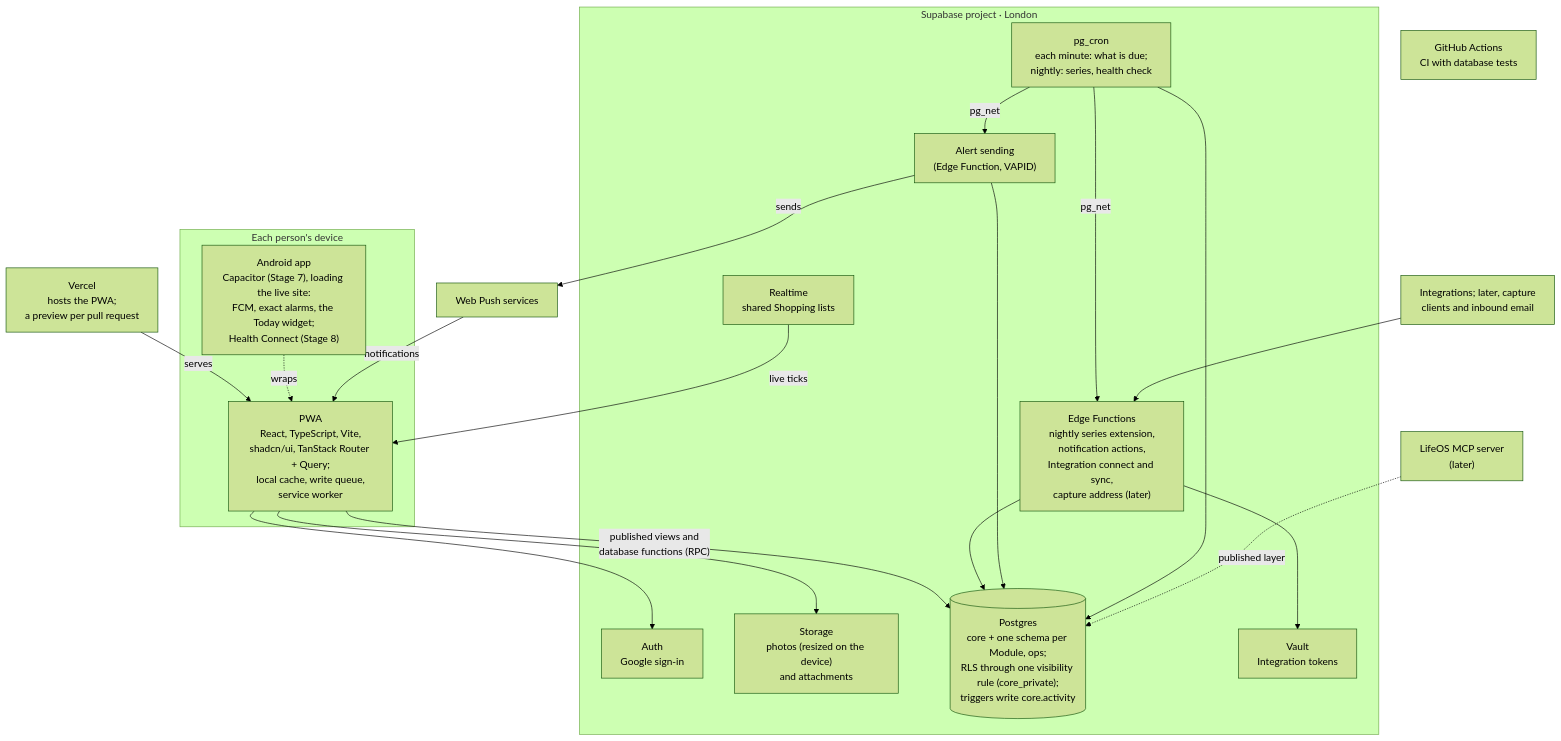
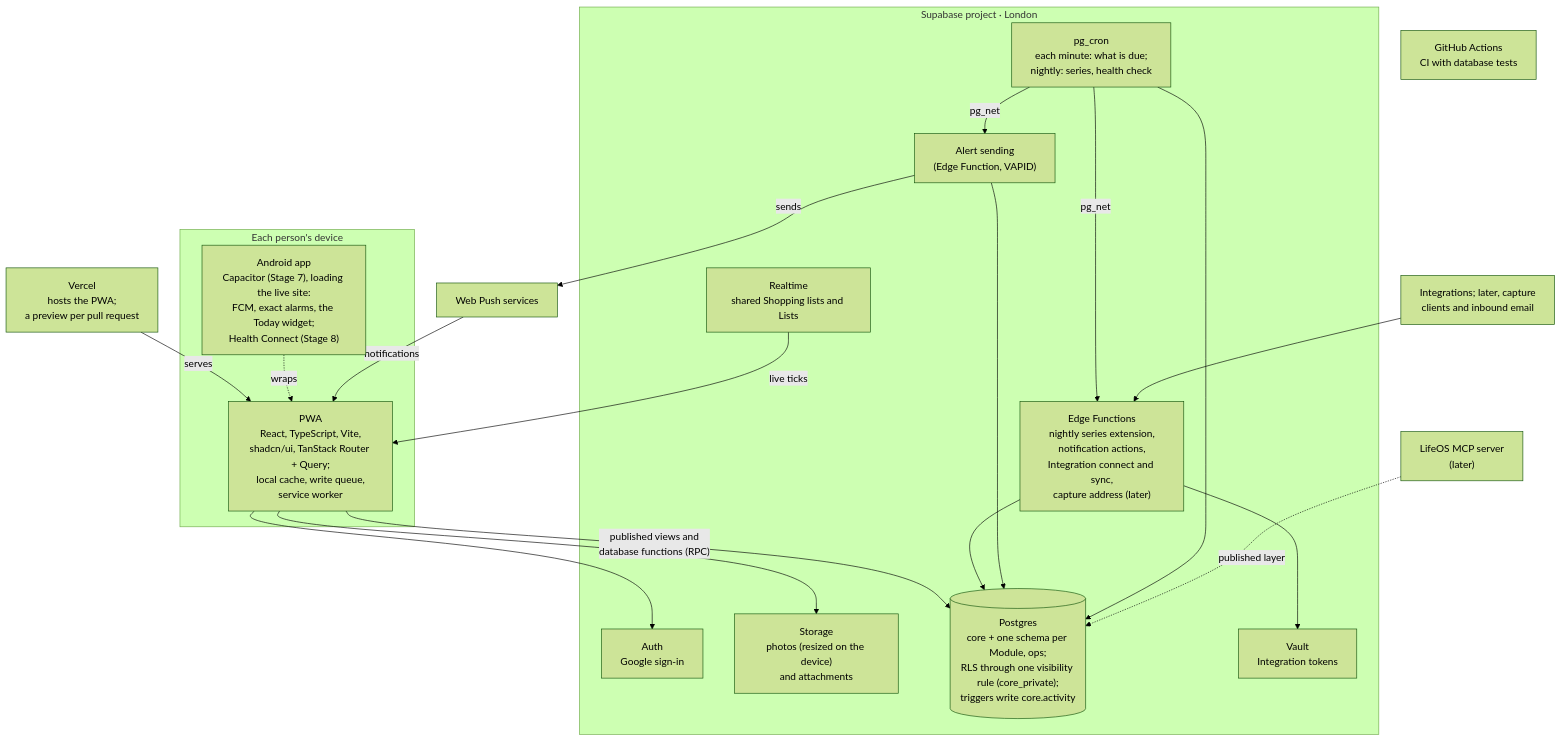
The second of 2 diagrams in docs/20-architecture/overview.md (joestables/lifeos), drawn with Mermaid (forest theme) before and after one commit. The commit also changed other lines of this file and 103 other files, not shown here.

First line of the commit message:
Lists on Notes; the Meal plan and Shopping as Recipes' tabs (ADR-0069)

````diff
--- a/docs/20-architecture/overview.md
+++ b/docs/20-architecture/overview.md
@@ -42,42 +42,42 @@
 ```mermaid
 flowchart TB
   vercel["Vercel<br/>hosts the PWA;<br/>a preview per pull request"]
   pushsvc["Web Push services"]
 
   subgraph device["Each person's device"]
     pwa["PWA<br/>React, TypeScript, Vite,<br/>shadcn/ui, TanStack Router + Query;<br/>local cache, write queue,<br/>service worker"]
     android["Android app<br/>Capacitor (Stage 7), loading the live site:<br/>FCM, exact alarms, the Today widget;<br/>Health Connect (Stage 8)"]
   end
 
   subgraph supabase["Supabase project · London"]
     auth["Auth<br/>Google sign-in"]
     storage["Storage<br/>photos (resized on the device)<br/>and attachments"]
-    realtime["Realtime<br/>shared Shopping lists"]
+    realtime["Realtime<br/>shared Shopping lists and Lists"]
     db[("Postgres<br/>core + one schema per Module, ops;<br/>RLS through one visibility rule (core_private);<br/>triggers write core.activity")]
     edge["Edge Functions<br/>nightly series extension,<br/>notification actions,<br/>Integration connect and sync,<br/>capture address (later)"]
     alerts["Alert sending<br/>(Edge Function, VAPID)"]
     cron["pg_cron<br/>each minute: what is due;<br/>nightly: series, health check"]
     vault["Vault<br/>Integration tokens"]
   end
 
   outside["Integrations; later, capture<br/>clients and inbound email"]
   mcp["LifeOS MCP server<br/>(later)"]
   gha["GitHub Actions<br/>CI with database tests"]
 
   vercel -- "serves" --> pwa
   android -. "wraps" .-> pwa
   pushsvc -- "notifications" --> pwa
   pwa --> auth
   pwa --> storage
   realtime -- "live ticks" --> pwa
   pwa -- "published views and<br/>database functions (RPC)" --> db
   edge --> db
   edge --> vault
   alerts --> db
   alerts -- "sends" --> pushsvc
   cron --> db
   cron -- "pg_net" --> alerts
   cron -- "pg_net" --> edge
   outside --> edge
   mcp -. "published layer" .-> db
 ```
````
